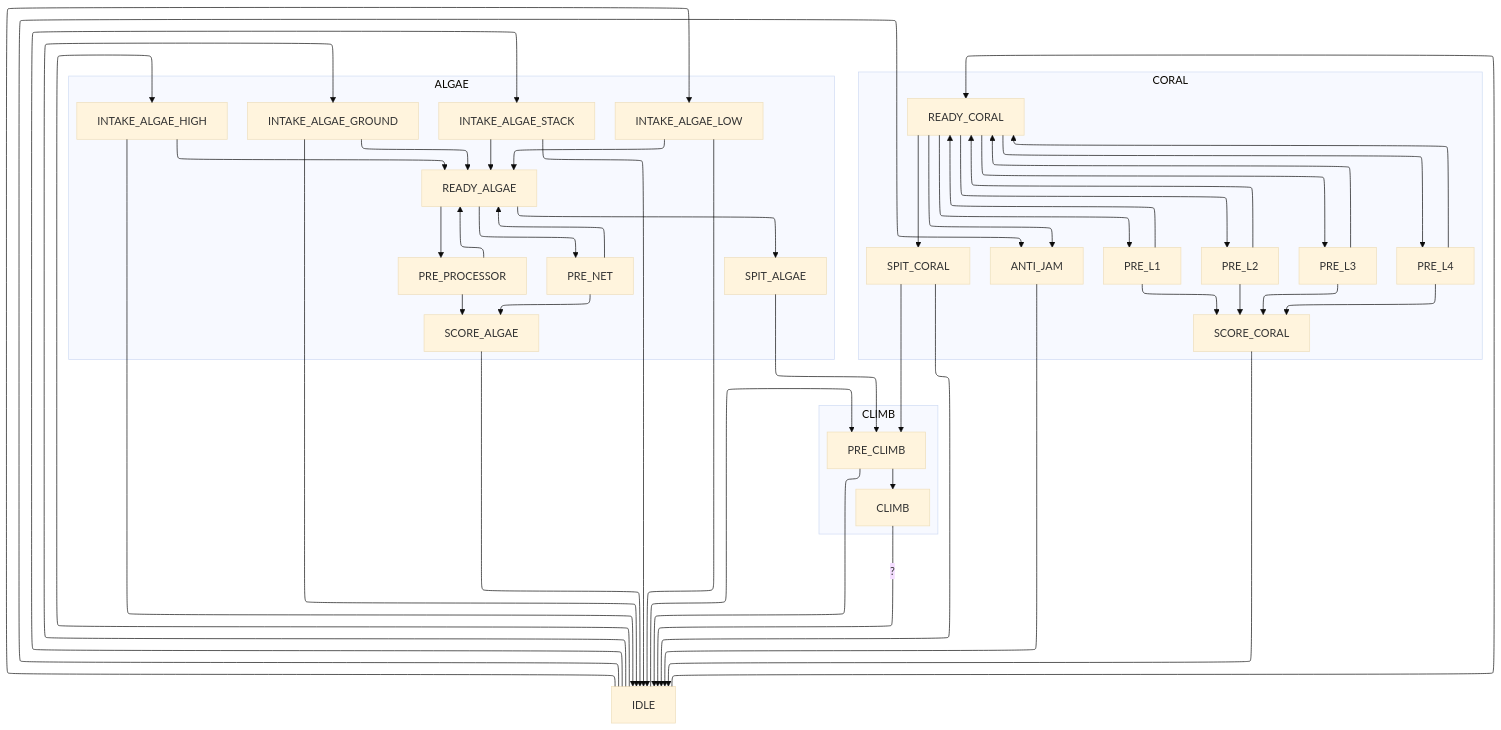
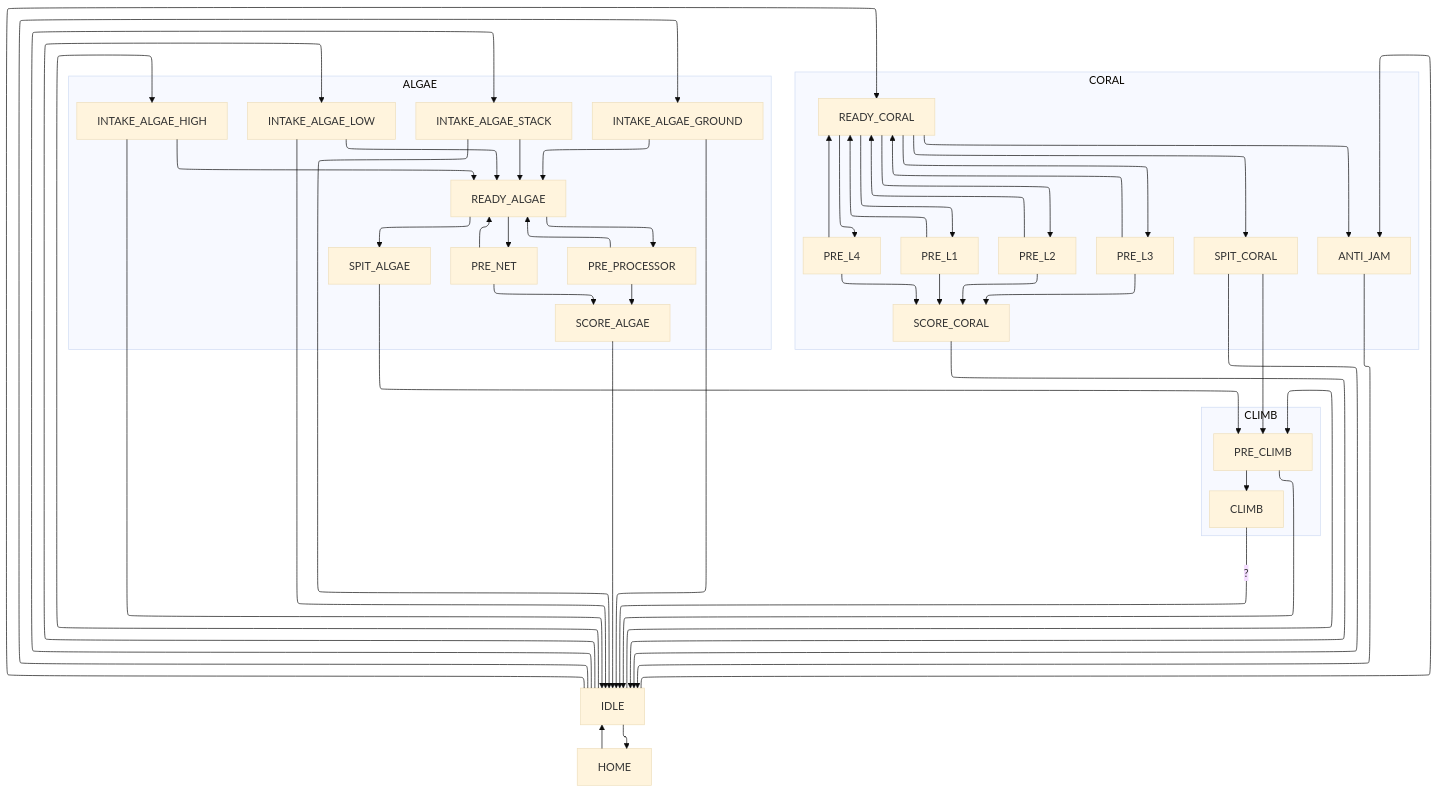
The diagram in notes/superstructure.md (HighlanderRobotics/Reefscape), drawn with Mermaid (base theme) before and after one commit. The commit also changed 3 other files, not shown here.

```diff
--- a/notes/superstructure.md
+++ b/notes/superstructure.md
@@ -10,6 +10,8 @@
 SPIT_CORAL --> IDLE
 
 IDLE --> READY_CORAL
+IDLE --> HOME
+HOME --> IDLE
 
 subgraph CORAL
 
```
